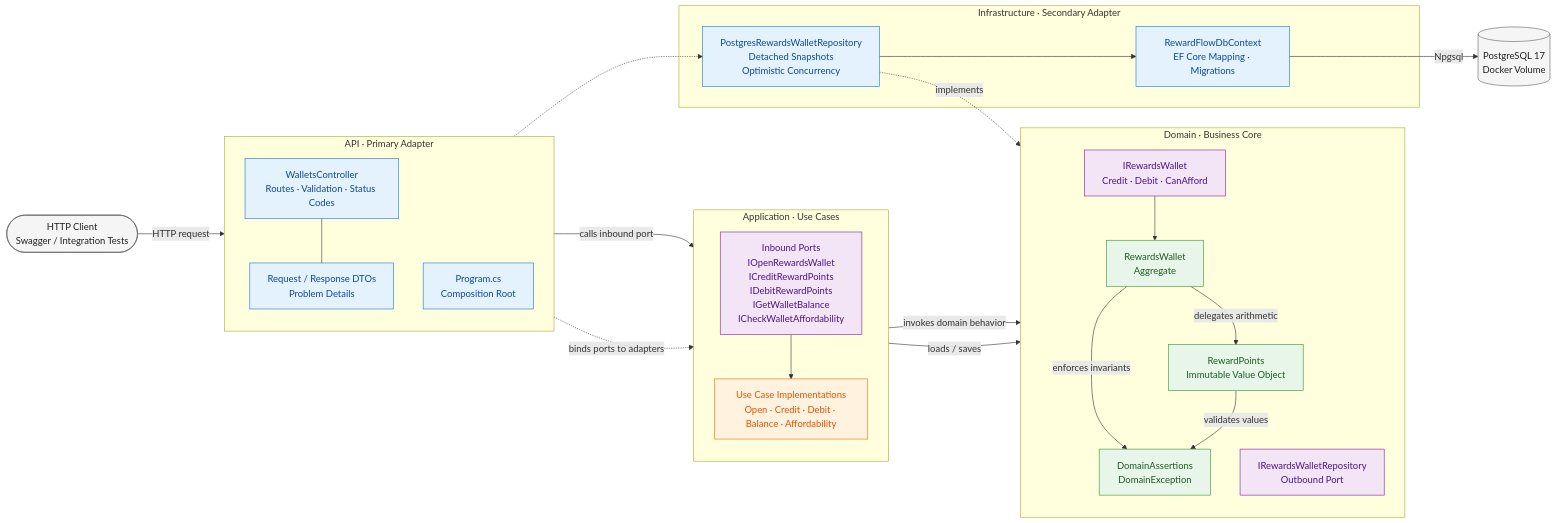
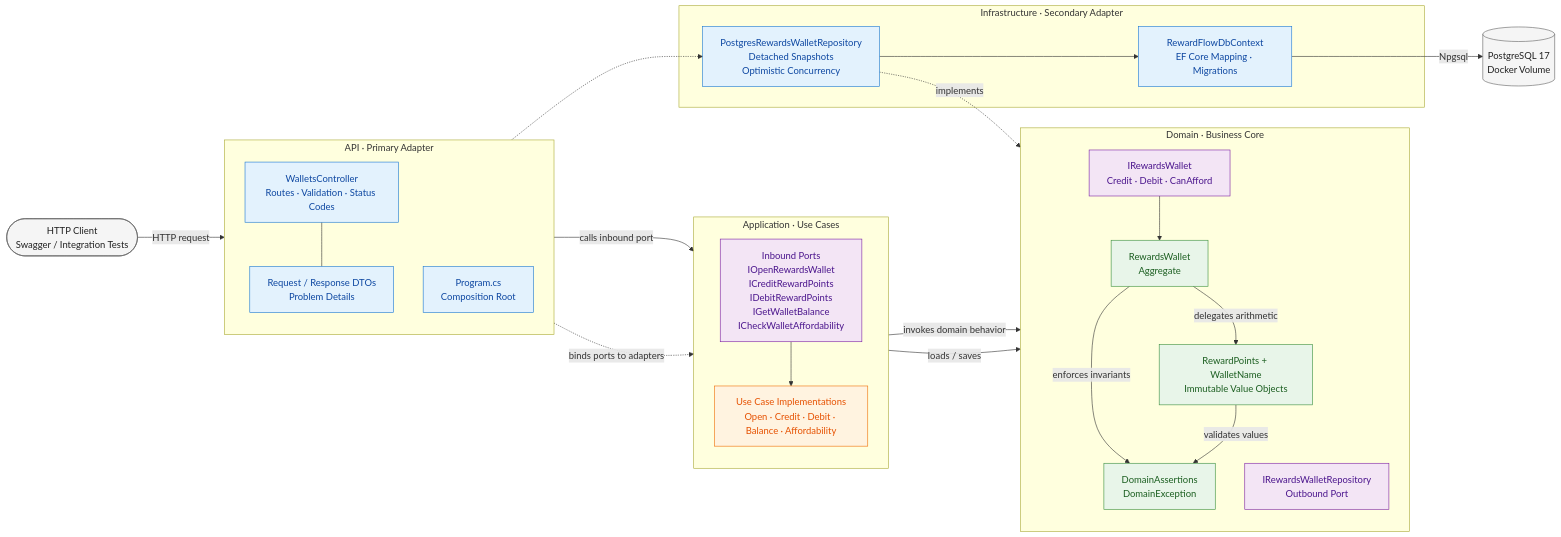
One commit to rfulgencio3/RewardFlow.SuppleDesign changed the second of 4 diagrams in README.md. Above: the diagram before and after it, drawn with Mermaid. The commit also changed other lines of this file and 30 other files, not shown here.

````diff
--- a/README.md
+++ b/README.md
@@ -199,61 +206,61 @@
 ```mermaid
 flowchart LR
     Client([HTTP Client<br/>Swagger / Integration Tests])
 
     subgraph Api["API · Primary Adapter"]
         direction TB
         Controller["WalletsController<br/>Routes · Validation · Status Codes"]
         DTOs["Request / Response DTOs<br/>Problem Details"]
         Composition["Program.cs<br/>Composition Root"]
         Controller --- DTOs
     end
 
     subgraph Application["Application · Use Cases"]
         direction TB
         InboundPorts["Inbound Ports<br/>IOpenRewardsWallet<br/>ICreditRewardPoints<br/>IDebitRewardPoints<br/>IGetWalletBalance<br/>ICheckWalletAffordability"]
         UseCases["Use Case Implementations<br/>Open · Credit · Debit · Balance · Affordability"]
         InboundPorts --> UseCases
     end
 
     subgraph Domain["Domain · Business Core"]
         direction TB
         WalletPort["IRewardsWallet<br/>Credit · Debit · CanAfford"]
         Wallet["RewardsWallet<br/>Aggregate"]
-        Points["RewardPoints<br/>Immutable Value Object"]
+        Points["RewardPoints + WalletName<br/>Immutable Value Objects"]
         Rules["DomainAssertions<br/>DomainException"]
         RepositoryPort["IRewardsWalletRepository<br/>Outbound Port"]
 
         WalletPort --> Wallet
         Wallet -->|delegates arithmetic| Points
         Wallet -->|enforces invariants| Rules
         Points -->|validates values| Rules
     end
 
     subgraph Infrastructure["Infrastructure · Secondary Adapter"]
         Repository["PostgresRewardsWalletRepository<br/>Detached Snapshots<br/>Optimistic Concurrency"]
         DbContext["RewardFlowDbContext<br/>EF Core Mapping · Migrations"]
         Repository --> DbContext
     end
 
     Database[(PostgreSQL 17<br/>Docker Volume)]
 
     Client -->|HTTP request| Controller
     Controller -->|calls inbound port| InboundPorts
     UseCases -->|invokes domain behavior| WalletPort
     UseCases -->|loads / saves| RepositoryPort
     Repository -.->|implements| RepositoryPort
     DbContext -->|Npgsql| Database
     Composition -.->|binds ports to adapters| InboundPorts
     Composition -.-> Repository
 
     classDef external fill:#f5f5f5,stroke:#616161,color:#212121
     classDef adapter fill:#e3f2fd,stroke:#1976d2,color:#0d47a1
     classDef application fill:#fff3e0,stroke:#ef6c00,color:#e65100
     classDef domain fill:#e8f5e9,stroke:#388e3c,color:#1b5e20
     classDef port fill:#f3e5f5,stroke:#7b1fa2,color:#4a148c
     class Client,Database external
     class Controller,DTOs,Composition,Repository,DbContext adapter
     class UseCases application
     class Wallet,Points,Rules domain
     class InboundPorts,WalletPort,RepositoryPort port
 ```
````
